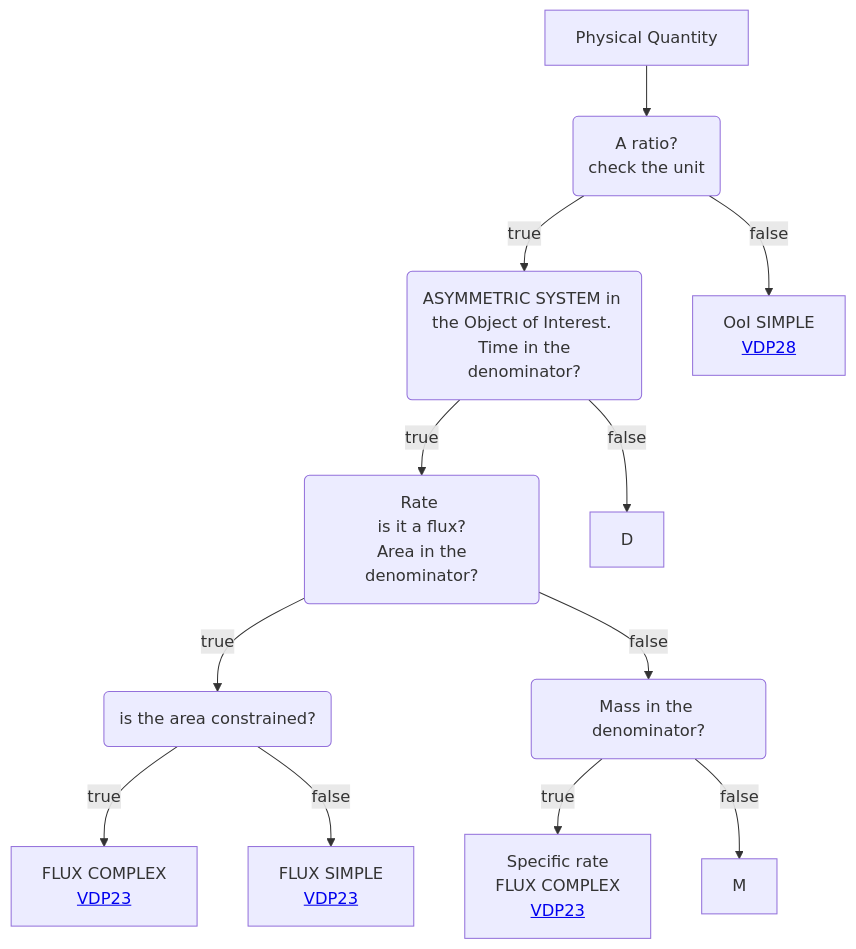
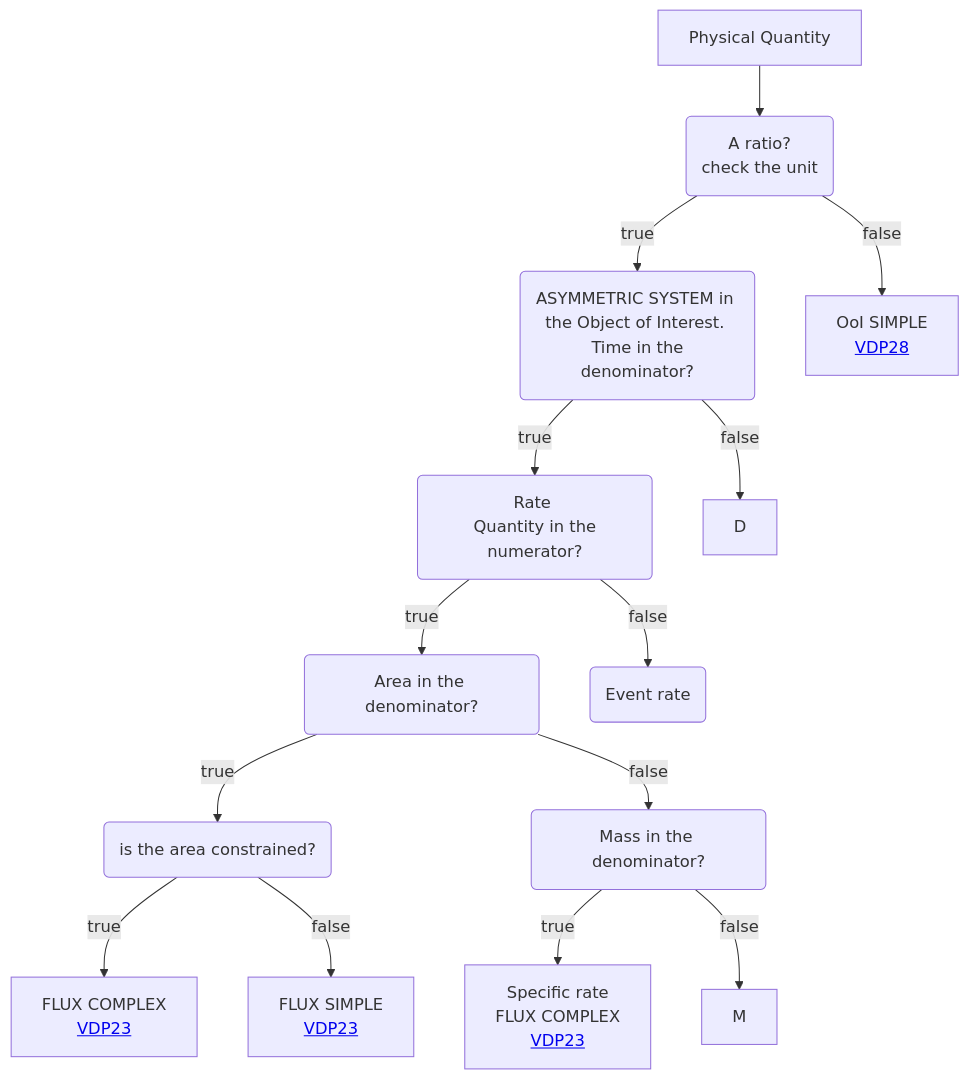
One commit to mabablue/I-ADOPT-patterns-playground changed the diagram in Decisition_trees/DT2.mmd. Above: the diagram before and after it, drawn with Mermaid.

```diff
--- a/Decisition_trees/DT2.mmd
+++ b/Decisition_trees/DT2.mmd
@@ -1,12 +1,14 @@
 flowchart TD
     A[Physical Quantity] --> B(A ratio?<br>check the unit)
     B --> |true|C(ASYMMETRIC SYSTEM in the Object of Interest. <br> Time in the denominator?) 
     B --> |false|I[OoI SIMPLE <br> <a href='https://github.com/mabablue/I-ADOPT-patterns-playground/blob/main/pattern/VDP28.yaml'>VDP28</a>]
-    C --> |true|E(Rate <br> is it a flux? <br> Area in the denominator?)
+    C --> |true|N(Rate <br> Quantity in the numerator?)
     C --> |false|D
     E --> |true|F(is the area constrained?)
     E --> |false|K(Mass in the denominator?) 
     F --> |true|G[FLUX COMPLEX <br> <a href='https://github.com/mabablue/I-ADOPT-patterns-playground/blob/main/pattern/VDP23.yaml'>VDP23</a>]
     F --> |false|H[FLUX SIMPLE <br> <a href='https://github.com/mabablue/I-ADOPT-patterns-playground/blob/main/pattern/VDP18.yaml'>VDP23</a>]
     K --> |true|L[Specific rate <br> FLUX COMPLEX <br> <a href='https://github.com/mabablue/I-ADOPT-patterns-playground/blob/main/pattern/VDP23.yaml'>VDP23</a>]
     K --> |false|M
+    N --> |true|E(Area in the denominator?)
+    N --> |false|O(Event rate)
```
